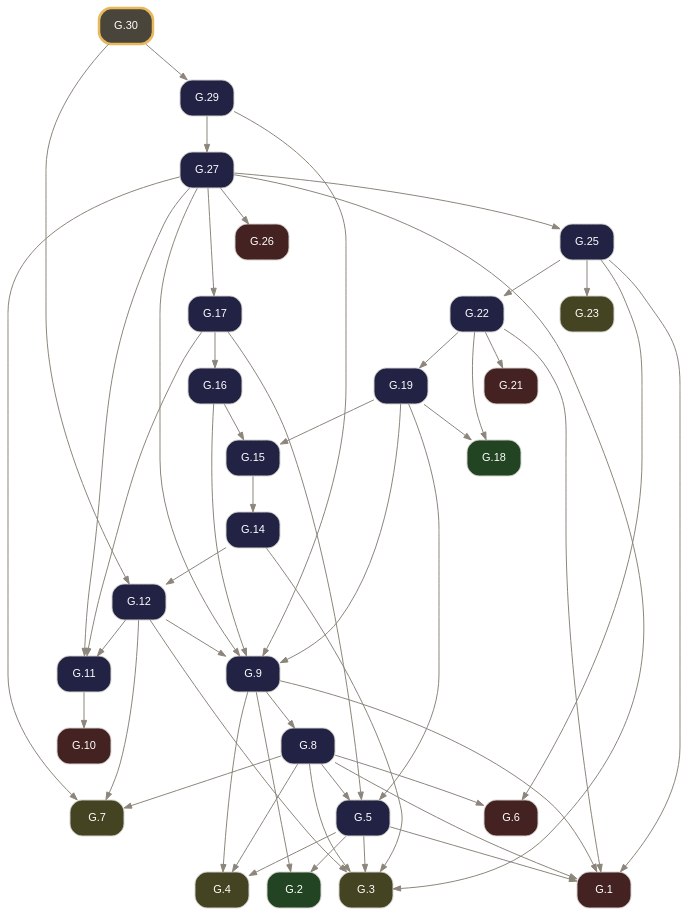
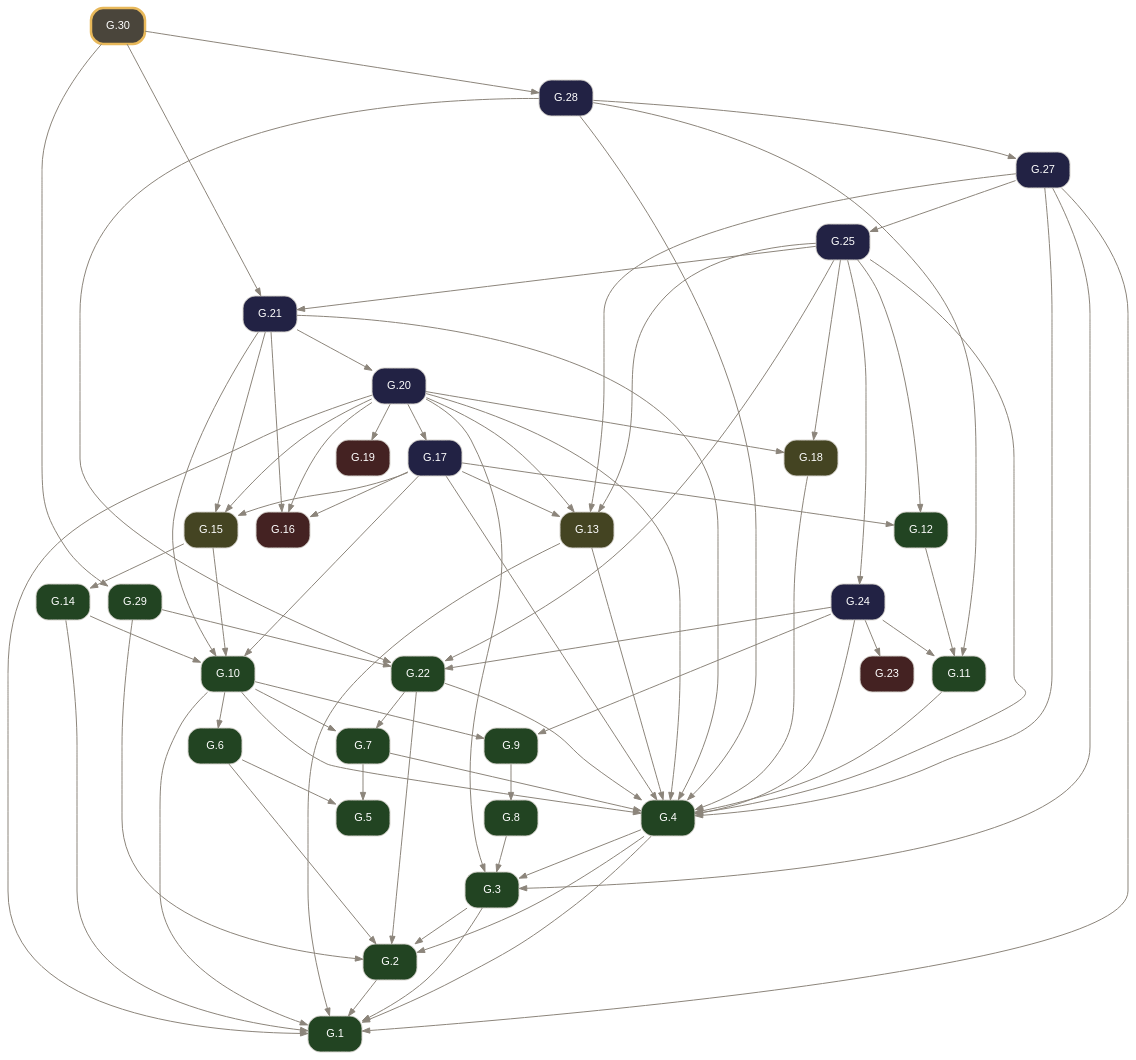
The diagram in docsrc/elements2/G.30/index.rst (geometor/elements), drawn with Graphviz before and after one commit. The commit also changed other lines of this file and 2974 other files, not shown here.

Commit message:
feat(elements2): wire defined terms, short verb titles, coincidence operator, and 2-point circle notation (v0.4.0)

```diff
--- a/docsrc/elements2/G.30/index.rst
+++ b/docsrc/elements2/G.30/index.rst
@@ -87,80 +84,108 @@
      node [shape=box, style="rounded,filled", fontname="Helvetica", fontsize=11, color="#d6d3cd", fontcolor="#ffffff"];
      edge [color="#8c857b", fontcolor="#8c857b", arrowsize=0.75];
      rankdir="TB";
-     "G.1" [label="G.1", tooltip="G.1 (I.cn.1): Things equal to the same thing are equal to one another.", fillcolor="#442222", URL="../G.1/index.html", target="_top"];
-     "G.2" [label="G.2", tooltip="G.2 (I.def.15): A circle is a plane figure contained by one line such that all segments falling upon it from its center are equal.", fillcolor="#224422", URL="../G.2/index.html", target="_top"];
-     "G.3" [label="G.3", tooltip="G.3 (I.post.1): Construct a segment between any two points.", fillcolor="#444422", URL="../G.3/index.html", target="_top"];
-     "G.4" [label="G.4", tooltip="G.4 (I.post.3): Construct a circle with any center and radius.", fillcolor="#444422", URL="../G.4/index.html", target="_top"];
-     "G.5" [label="G.5", tooltip="G.5 (I.1): Construct an equilateral triangle on a given finite segment.", fillcolor="#222244", URL="../G.5/index.html", target="_top"];
-     "G.6" [label="G.6", tooltip="G.6 (I.cn.3): If equals are subtracted from equals, the remainders are equal.", fillcolor="#442222", URL="../G.6/index.html", target="_top"];
-     "G.7" [label="G.7", tooltip="G.7 (I.post.2): Extend a finite segment continuously in a straight line.", fillcolor="#444422", URL="../G.7/index.html", target="_top"];
-     "G.8" [label="G.8", tooltip="G.8 (I.2): Construct at a given point a segment equal to a given segment.", fillcolor="#222244", URL="../G.8/index.html", target="_top"];
-     "G.9" [label="G.9", tooltip="G.9 (I.3): Cut off from the greater of two unequal segments a segment equal to the less.", fillcolor="#222244", URL="../G.9/index.html", target="_top"];
-     "G.10" [label="G.10", tooltip="G.10 (I.cn.4): Things that coincide with one another are equal.", fillcolor="#442222", URL="../G.10/index.html", target="_top"];
-     "G.11" [label="G.11", tooltip="G.11 (I.4): Triangles with two sides and the included angle equal are congruent (SAS).", fillcolor="#222244", URL="../G.11/index.html", target="_top"];
-     "G.12" [label="G.12", tooltip="G.12 (I.5): In an isosceles triangle, the angles at the base are equal, and if the equal sides are extended, the angles under the base are equal.", fillcolor="#222244", URL="../G.12/index.html", target="_top"];
-     "G.14" [label="G.14", tooltip="G.14 (I.7): On the same segment and on the same side, there cannot be constructed two distinct triangles with both pairs of conterminous sides equal.", fillcolor="#222244", URL="../G.14/index.html", target="_top"];
-     "G.15" [label="G.15", tooltip="G.15 (I.8): Triangles with all three corresponding sides equal have their corresponding angles equal (SSS).", fillcolor="#222244", URL="../G.15/index.html", target="_top"];
-     "G.16" [label="G.16", tooltip="G.16 (I.9): Bisect a given angle.", fillcolor="#222244", URL="../G.16/index.html", target="_top"];
-     "G.17" [label="G.17", tooltip="G.17 (I.10): Bisect a given finite segment.", fillcolor="#222244", URL="../G.17/index.html", target="_top"];
-     "G.18" [label="G.18", tooltip="G.18 (I.def.10): When a straight line standing on a straight line makes the adjacent angles equal, each of the equal angles is a right angle, and the standing line is perpendicular to that on which...", fillcolor="#224422", URL="../G.18/index.html", target="_top"];
-     "G.19" [label="G.19", tooltip="G.19 (I.11): Construct a line at right angles to a given line from a given point on it.", fillcolor="#222244", URL="../G.19/index.html", target="_top"];
-     "G.21" [label="G.21", tooltip="G.21 (I.cn.2): If equals are added to equals, the wholes are equal.", fillcolor="#442222", URL="../G.21/index.html", target="_top"];
-     "G.22" [label="G.22", tooltip="G.22 (I.13): A ray standing on a line makes either two right angles or adjacent angles summing to two right angles.", fillcolor="#222244", URL="../G.22/index.html", target="_top"];
-     "G.23" [label="G.23", tooltip="G.23 (I.post.4): All right angles are equal.", fillcolor="#444422", URL="../G.23/index.html", target="_top"];
-     "G.25" [label="G.25", tooltip="G.25 (I.15): Intersecting lines make their vertical angles equal.", fillcolor="#222244", URL="../G.25/index.html", target="_top"];
-     "G.26" [label="G.26", tooltip="G.26 (I.cn.5): The whole is greater than the part.", fillcolor="#442222", URL="../G.26/index.html", target="_top"];
-     "G.27" [label="G.27", tooltip="G.27 (I.16): In any triangle, if one side is extended, the exterior angle is greater than either opposite interior angle.", fillcolor="#222244", URL="../G.27/index.html", target="_top"];
-     "G.29" [label="G.29", tooltip="G.29 (I.18): In any triangle, the greater side subtends the greater angle.", fillcolor="#222244", URL="../G.29/index.html", target="_top"];
-     "G.30" [label="G.30", tooltip="G.30 (I.19): In any triangle, the greater angle is subtended by the greater side.", penwidth=2.5, color="#e8b85a", fillcolor="#4a453b", URL="index.html", target="_top"];
-     "G.5" -> "G.1";
-     "G.8" -> "G.1";
-     "G.9" -> "G.1";
-     "G.22" -> "G.1";
-     "G.25" -> "G.1";
-     "G.5" -> "G.2";
-     "G.9" -> "G.2";
-     "G.5" -> "G.3";
+     "G.1" [label="G.1", tooltip="G.1 (I.def.1): A point A is that which has no part.", fillcolor="#224422", URL="../G.1/index.html", target="_top"];
+     "G.2" [label="G.2", tooltip="G.2 (I.def.2): A line [ A B ] is a projection of a relationship of two points A, B.", fillcolor="#224422", URL="../G.2/index.html", target="_top"];
+     "G.3" [label="G.3", tooltip="G.3 (I.def.3): The extremities of a segment / A B / are points A, B.", fillcolor="#224422", URL="../G.3/index.html", target="_top"];
+     "G.4" [label="G.4", tooltip="G.4 (I.def.4): A segment / A B / is a portion of a line [ A B ] between two points A, B on the line.", fillcolor="#224422", URL="../G.4/index.html", target="_top"];
+     "G.5" [label="G.5", tooltip="G.5 (I.def.5): A surface is that which has length and breadth only.", fillcolor="#224422", URL="../G.5/index.html", target="_top"];
+     "G.6" [label="G.6", tooltip="G.6 (I.def.6): The extremities of a surface are lines or arcs.", fillcolor="#224422", URL="../G.6/index.html", target="_top"];
+     "G.7" [label="G.7", tooltip="G.7 (I.def.7): A plane surface lies evenly with the lines on itself.", fillcolor="#224422", URL="../G.7/index.html", target="_top"];
+     "G.8" [label="G.8", tooltip="G.8 (I.def.13): A boundary is the extremity of anything.", fillcolor="#224422", URL="../G.8/index.html", target="_top"];
+     "G.9" [label="G.9", tooltip="G.9 (I.def.14): A figure is that which is contained by any boundary or boundaries.", fillcolor="#224422", URL="../G.9/index.html", target="_top"];
+     "G.10" [label="G.10", tooltip="G.10 (I.def.15): A circle ( A B ) is a plane figure contained by one arc defined by a center A and a point B establishing its defining radius / A B /, such that all segments / A B /, / A C /, / A D...", fillcolor="#224422", URL="../G.10/index.html", target="_top"];
+     "G.11" [label="G.11", tooltip="G.11 (I.def.19): Rectilineal figures are contained by segments: trilateral by three, quadrilateral by four, and multilateral by more than four.", fillcolor="#224422", URL="../G.11/index.html", target="_top"];
+     "G.12" [label="G.12", tooltip="G.12 (I.def.20): Of trilateral figures, an equilateral triangle < A B C > has three equal sides, an isosceles triangle < D E F > has two equal sides, and a scalene triangle < G H K > has three uneq...", fillcolor="#224422", URL="../G.12/index.html", target="_top"];
+     "G.13" [label="G.13", tooltip="G.13 (I.post.1): Construct a segment / A B / between any two points A, B.", fillcolor="#444422", URL="../G.13/index.html", target="_top"];
+     "G.14" [label="G.14", tooltip="G.14 (I.def.16): The point A within the circle ( A B ) from which all segments / A B /, / A C / to the arc are equal is called the center of the circle.", fillcolor="#224422", URL="../G.14/index.html", target="_top"];
+     "G.15" [label="G.15", tooltip="G.15 (I.post.3): Construct a circle ( A B ) with center A and defining radius point B.", fillcolor="#444422", URL="../G.15/index.html", target="_top"];
+     "G.16" [label="G.16", tooltip="G.16 (I.cn.1): Things equal to the same thing are equal to one another.", fillcolor="#442222", URL="../G.16/index.html", target="_top"];
+     "G.17" [label="G.17", tooltip="G.17 (I.1): Construct an equilateral triangle on a given segment.", fillcolor="#222244", URL="../G.17/index.html", target="_top"];
+     "G.18" [label="G.18", tooltip="G.18 (I.post.2): Extend a segment / A B / continuously along a line [ A B ] to / B C /.", fillcolor="#444422", URL="../G.18/index.html", target="_top"];
+     "G.19" [label="G.19", tooltip="G.19 (I.cn.3): If equals are subtracted from equals, the remainders are equal.", fillcolor="#442222", URL="../G.19/index.html", target="_top"];
+     "G.20" [label="G.20", tooltip="G.20 (I.2): Construct at a given point a segment equal to a given segment.", fillcolor="#222244", URL="../G.20/index.html", target="_top"];
+     "G.21" [label="G.21", tooltip="G.21 (I.3): Cut off from the greater of two unequal segments a segment equal to the less.", fillcolor="#222244", URL="../G.21/index.html", target="_top"];
+     "G.22" [label="G.22", tooltip="G.22 (I.def.8): A plane angle is the inclination to one another of two lines or arcs in a plane that meet and do not lie on the same line.", fillcolor="#224422", URL="../G.22/index.html", target="_top"];
+     "G.23" [label="G.23", tooltip="G.23 (I.cn.4): Things / A B /, / D E / that coincide with one another are equal to one another.", fillcolor="#442222", URL="../G.23/index.html", target="_top"];
+     "G.24" [label="G.24", tooltip="G.24 (I.4): Triangles with two sides and the included angle equal are congruent (SAS).", fillcolor="#222244", URL="../G.24/index.html", target="_top"];
+     "G.25" [label="G.25", tooltip="G.25 (I.5): In an isosceles triangle, the angles at the base are equal, and if the equal sides are extended, the angles under the base are equal.", fillcolor="#222244", URL="../G.25/index.html", target="_top"];
+     "G.27" [label="G.27", tooltip="G.27 (I.7): On the same segment and on the same side, there cannot be constructed two distinct triangles with both pairs of conterminous sides equal.", fillcolor="#222244", URL="../G.27/index.html", target="_top"];
+     "G.28" [label="G.28", tooltip="G.28 (I.8): Triangles with all three corresponding sides equal have their corresponding angles equal (SSS).", fillcolor="#222244", URL="../G.28/index.html", target="_top"];
+     "G.29" [label="G.29", tooltip="G.29 (I.def.9): A rectilineal angle is contained by two segments or lines.", fillcolor="#224422", URL="../G.29/index.html", target="_top"];
+     "G.30" [label="G.30", tooltip="G.30 (I.9): Bisect a given angle.", penwidth=2.5, color="#e8b85a", fillcolor="#4a453b", URL="index.html", target="_top"];
+     "G.2" -> "G.1";
+     "G.3" -> "G.1";
+     "G.4" -> "G.1";
+     "G.10" -> "G.1";
+     "G.13" -> "G.1";
+     "G.14" -> "G.1";
+     "G.20" -> "G.1";
+     "G.27" -> "G.1";
+     "G.3" -> "G.2";
+     "G.4" -> "G.2";
+     "G.6" -> "G.2";
+     "G.22" -> "G.2";
+     "G.29" -> "G.2";
+     "G.4" -> "G.3";
      "G.8" -> "G.3";
-     "G.12" -> "G.3";
-     "G.14" -> "G.3";
+     "G.20" -> "G.3";
      "G.27" -> "G.3";
-     "G.5" -> "G.4";
-     "G.8" -> "G.4";
-     "G.9" -> "G.4";
-     "G.8" -> "G.5";
-     "G.17" -> "G.5";
-     "G.19" -> "G.5";
-     "G.8" -> "G.6";
-     "G.25" -> "G.6";
-     "G.8" -> "G.7";
-     "G.12" -> "G.7";
-     "G.27" -> "G.7";
+     "G.7" -> "G.4";
+     "G.10" -> "G.4";
+     "G.11" -> "G.4";
+     "G.13" -> "G.4";
+     "G.17" -> "G.4";
+     "G.18" -> "G.4";
+     "G.20" -> "G.4";
+     "G.21" -> "G.4";
+     "G.22" -> "G.4";
+     "G.24" -> "G.4";
+     "G.25" -> "G.4";
+     "G.27" -> "G.4";
+     "G.28" -> "G.4";
+     "G.6" -> "G.5";
+     "G.7" -> "G.5";
+     "G.10" -> "G.6";
+     "G.10" -> "G.7";
+     "G.22" -> "G.7";
      "G.9" -> "G.8";
-     "G.12" -> "G.9";
-     "G.16" -> "G.9";
-     "G.19" -> "G.9";
-     "G.27" -> "G.9";
-     "G.29" -> "G.9";
-     "G.11" -> "G.10";
+     "G.10" -> "G.9";
+     "G.24" -> "G.9";
+     "G.14" -> "G.10";
+     "G.15" -> "G.10";
+     "G.17" -> "G.10";
+     "G.21" -> "G.10";
      "G.12" -> "G.11";
-     "G.17" -> "G.11";
-     "G.27" -> "G.11";
-     "G.14" -> "G.12";
-     "G.30" -> "G.12";
+     "G.24" -> "G.11";
+     "G.28" -> "G.11";
+     "G.17" -> "G.12";
+     "G.25" -> "G.12";
+     "G.17" -> "G.13";
+     "G.20" -> "G.13";
+     "G.25" -> "G.13";
+     "G.27" -> "G.13";
      "G.15" -> "G.14";
-     "G.16" -> "G.15";
-     "G.19" -> "G.15";
+     "G.17" -> "G.15";
+     "G.20" -> "G.15";
+     "G.21" -> "G.15";
      "G.17" -> "G.16";
-     "G.27" -> "G.17";
-     "G.19" -> "G.18";
-     "G.22" -> "G.18";
-     "G.22" -> "G.19";
-     "G.22" -> "G.21";
+     "G.20" -> "G.16";
+     "G.21" -> "G.16";
+     "G.20" -> "G.17";
+     "G.20" -> "G.18";
+     "G.25" -> "G.18";
+     "G.20" -> "G.19";
+     "G.21" -> "G.20";
+     "G.25" -> "G.21";
+     "G.30" -> "G.21";
+     "G.24" -> "G.22";
      "G.25" -> "G.22";
-     "G.25" -> "G.23";
+     "G.28" -> "G.22";
+     "G.29" -> "G.22";
+     "G.24" -> "G.23";
+     "G.25" -> "G.24";
      "G.27" -> "G.25";
-     "G.27" -> "G.26";
-     "G.29" -> "G.27";
+     "G.28" -> "G.27";
+     "G.30" -> "G.28";
      "G.30" -> "G.29";
    }
```
